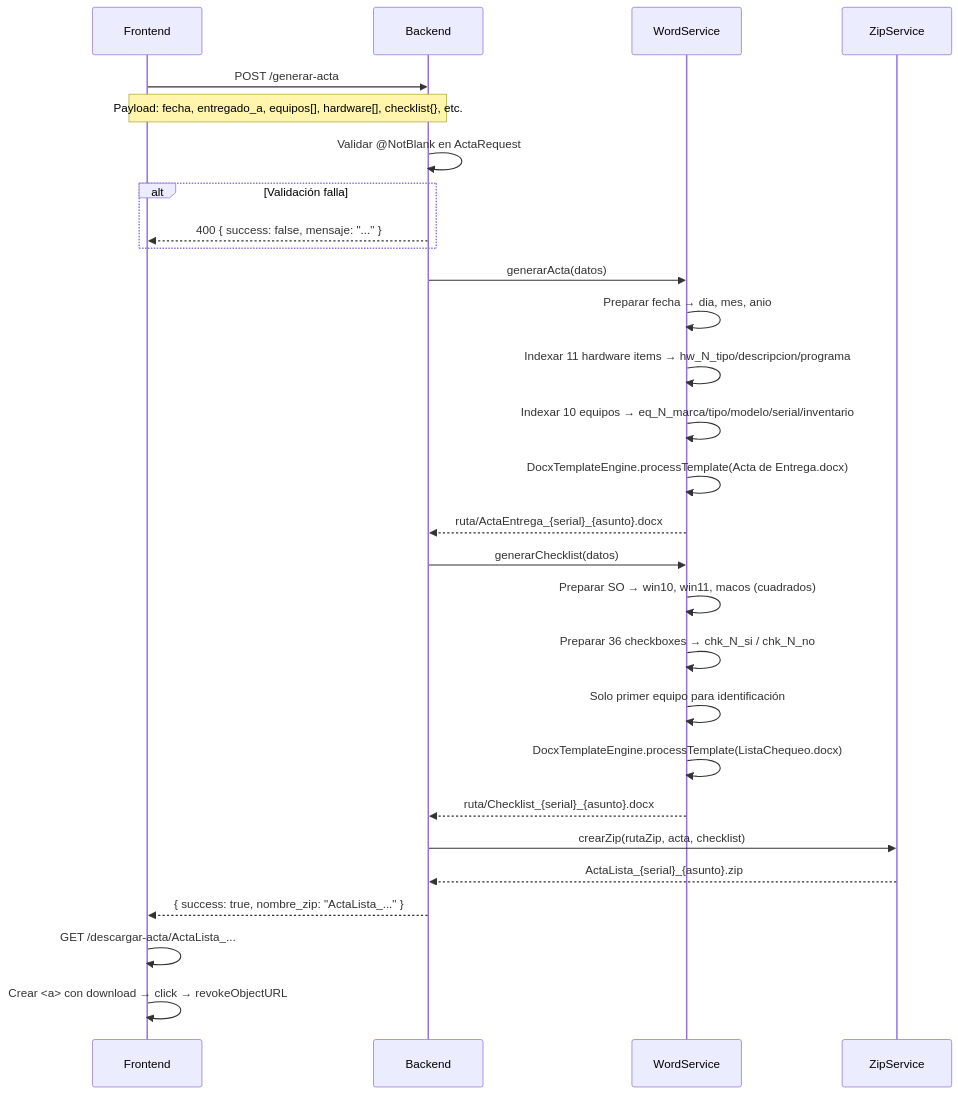
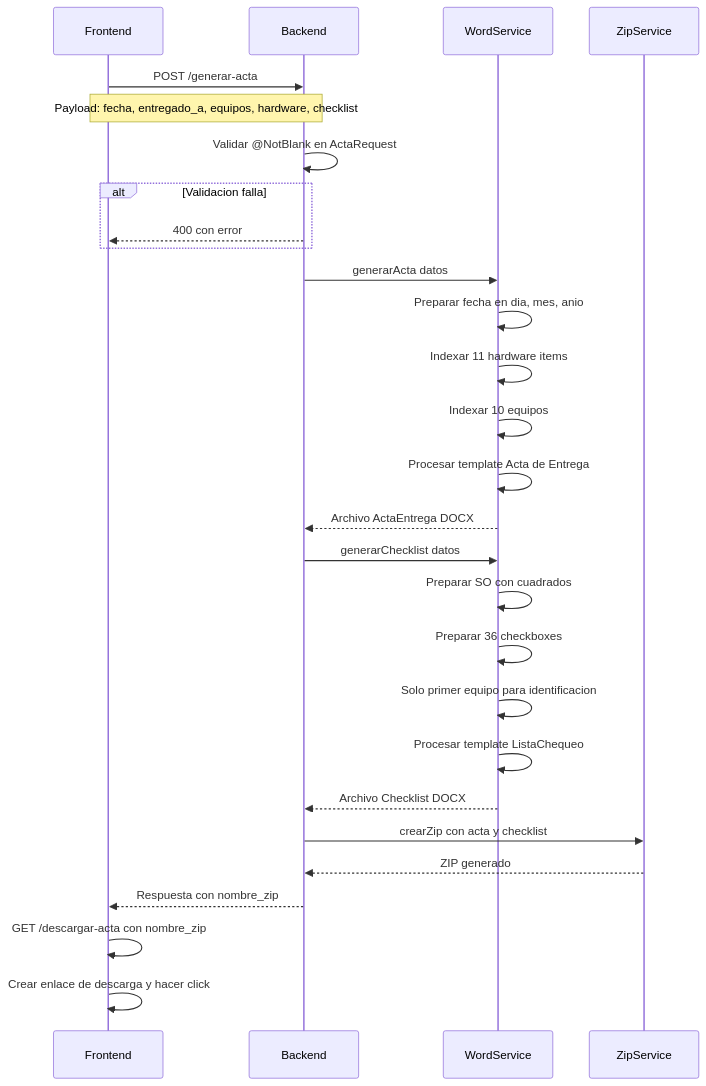
Before and after one commit to juanjosehc/actas-glpi: the third of 10 diagrams in FLUJO_FUNCIONAL.md, drawn with Mermaid. The commit also changed other lines of this file, not shown here.

````diff
--- a/FLUJO_FUNCIONAL.md
+++ b/FLUJO_FUNCIONAL.md
@@ -99,37 +99,37 @@
 ```mermaid
 sequenceDiagram
     participant U as Frontend
     participant B as Backend
     participant W as WordService
     participant Z as ZipService
 
     U->>B: POST /generar-acta
-    Note over U,B: Payload: fecha, entregado_a, equipos[], hardware[], checklist{}, etc.
+    Note over U,B: Payload: fecha, entregado_a, equipos, hardware, checklist
 
     B->>B: Validar @NotBlank en ActaRequest
-    alt Validación falla
-        B-->>U: 400 { success: false, mensaje: "..." }
+    alt Validacion falla
+        B-->>U: 400 con error
     end
 
-    B->>W: generarActa(datos)
-    W->>W: Preparar fecha → dia, mes, anio
-    W->>W: Indexar 11 hardware items → hw_N_tipo/descripcion/programa
-    W->>W: Indexar 10 equipos → eq_N_marca/tipo/modelo/serial/inventario
-    W->>W: DocxTemplateEngine.processTemplate(Acta de Entrega.docx)
-    W-->>B: ruta/ActaEntrega_{serial}_{asunto}.docx
+    B->>W: generarActa datos
+    W->>W: Preparar fecha en dia, mes, anio
+    W->>W: Indexar 11 hardware items
+    W->>W: Indexar 10 equipos
+    W->>W: Procesar template Acta de Entrega
+    W-->>B: Archivo ActaEntrega DOCX
 
-    B->>W: generarChecklist(datos)
-    W->>W: Preparar SO → win10, win11, macos (cuadrados)
-    W->>W: Preparar 36 checkboxes → chk_N_si / chk_N_no
-    W->>W: Solo primer equipo para identificación
-    W->>W: DocxTemplateEngine.processTemplate(ListaChequeo.docx)
-    W-->>B: ruta/Checklist_{serial}_{asunto}.docx
+    B->>W: generarChecklist datos
+    W->>W: Preparar SO con cuadrados
+    W->>W: Preparar 36 checkboxes
+    W->>W: Solo primer equipo para identificacion
+    W->>W: Procesar template ListaChequeo
+    W-->>B: Archivo Checklist DOCX
 
-    B->>Z: crearZip(rutaZip, acta, checklist)
-    Z-->>B: ActaLista_{serial}_{asunto}.zip
+    B->>Z: crearZip con acta y checklist
+    Z-->>B: ZIP generado
 
-    B-->>U: { success: true, nombre_zip: "ActaLista_..." }
+    B-->>U: Respuesta con nombre_zip
 
-    U->>U: GET /descargar-acta/ActaLista_...
-    U->>U: Crear <a> con download → click → revokeObjectURL
+    U->>U: GET /descargar-acta con nombre_zip
+    U->>U: Crear enlace de descarga y hacer click
 ```
````
